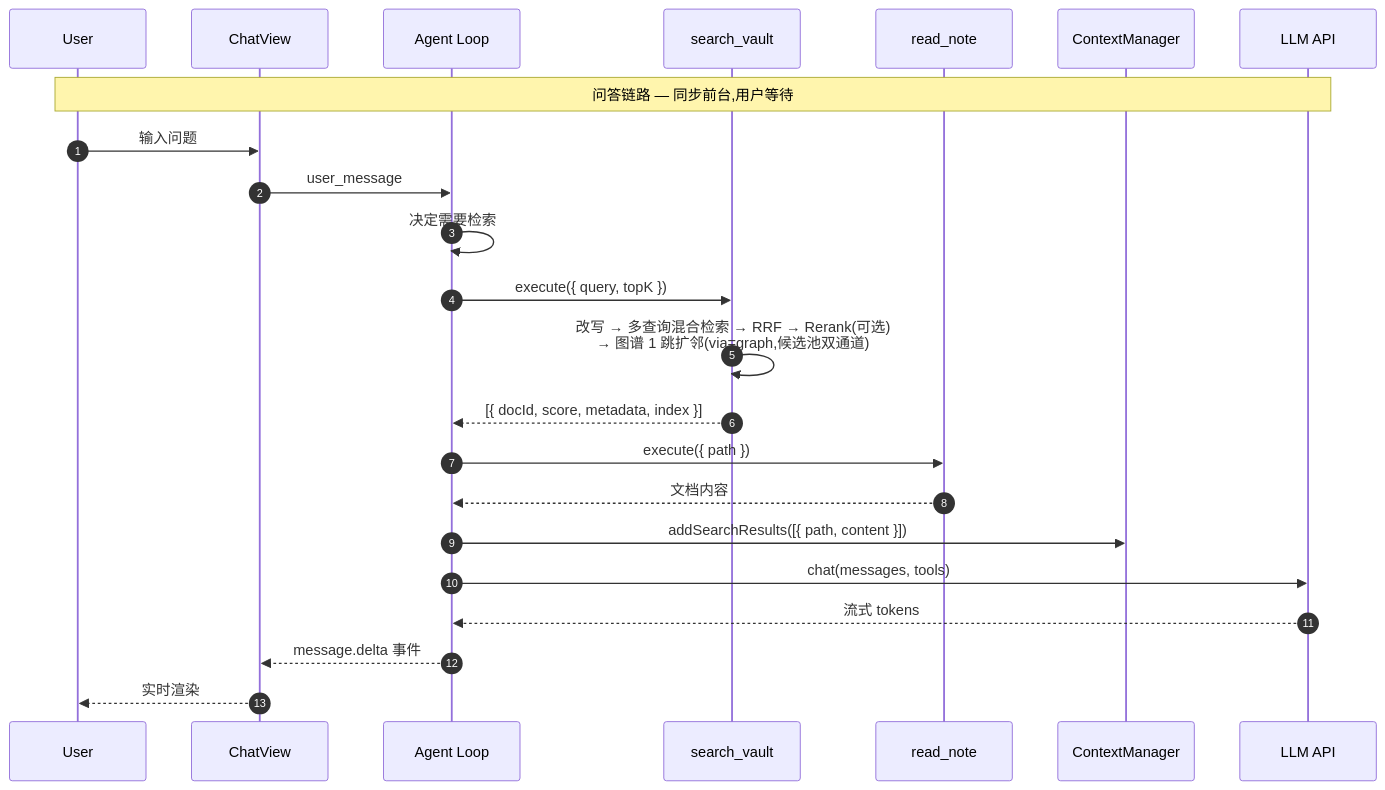
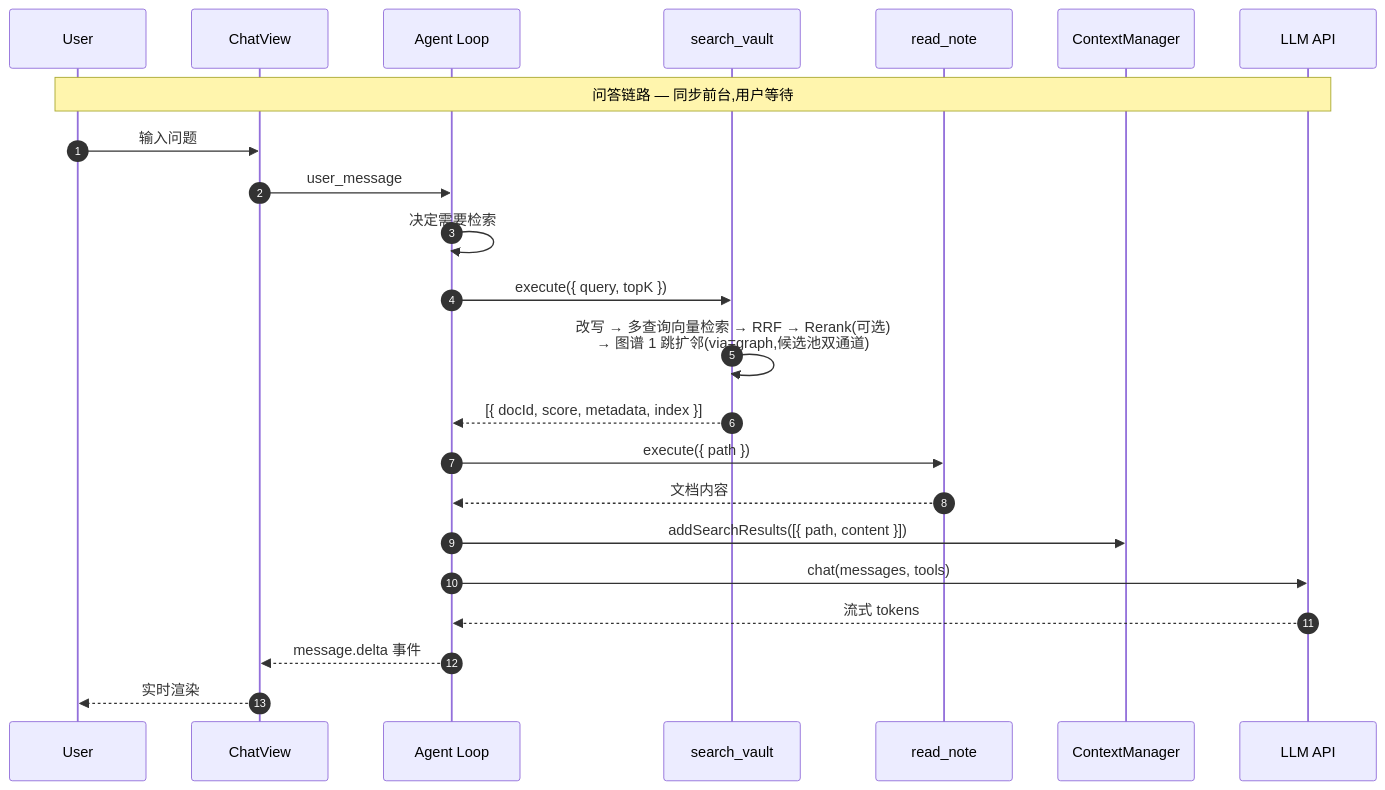
One commit to golddream-y/obsidian-ratel changed the third of 10 diagrams in docs/architecture/overview.md. Above: the diagram before and after it, drawn with Mermaid. The commit also changed other lines of this file and 10 other files, not shown here.

````diff
--- a/docs/architecture/overview.md
+++ b/docs/architecture/overview.md
@@ -90,27 +90,27 @@
 ```mermaid
 sequenceDiagram
     autonumber
     participant U as User
     participant CV as ChatView
     participant AL as Agent Loop
     participant SV as search_vault
     participant RN as read_note
     participant CTX as ContextManager
     participant LLM as LLM API
 
     Note over U,LLM: 问答链路 — 同步前台,用户等待
 
     U->>CV: 输入问题
     CV->>AL: user_message
     AL->>AL: 决定需要检索
     AL->>SV: execute({ query, topK })
-    SV->>SV: 改写 → 多查询混合检索 → RRF → Rerank(可选)<br/>→ 图谱 1 跳扩邻(via=graph,候选池双通道)
+    SV->>SV: 改写 → 多查询向量检索 → RRF → Rerank(可选)<br/>→ 图谱 1 跳扩邻(via=graph,候选池双通道)
     SV-->>AL: [{ docId, score, metadata, index }]
     AL->>RN: execute({ path })
     RN-->>AL: 文档内容
     AL->>CTX: addSearchResults([{ path, content }])
     AL->>LLM: chat(messages, tools)
     LLM-->>AL: 流式 tokens
     AL-->>CV: message.delta 事件
     CV-->>U: 实时渲染
 ```
````
